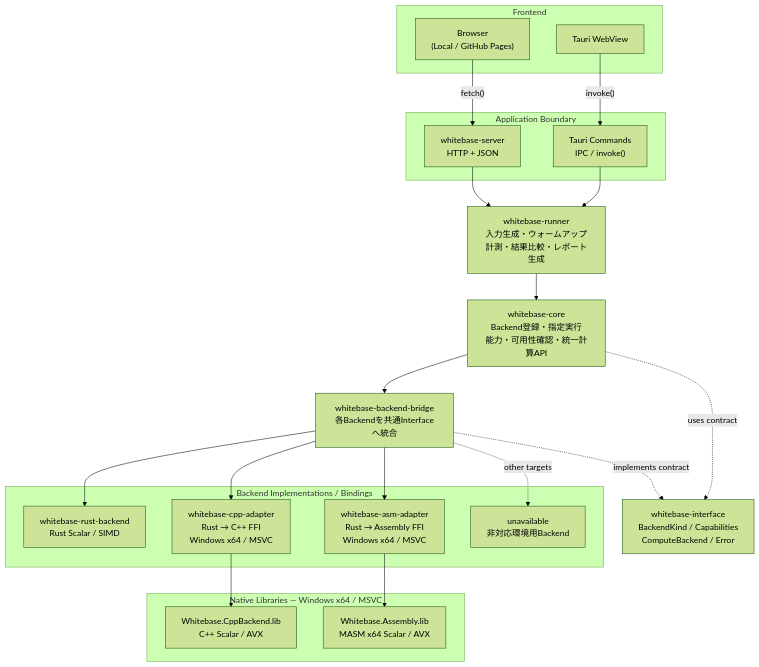
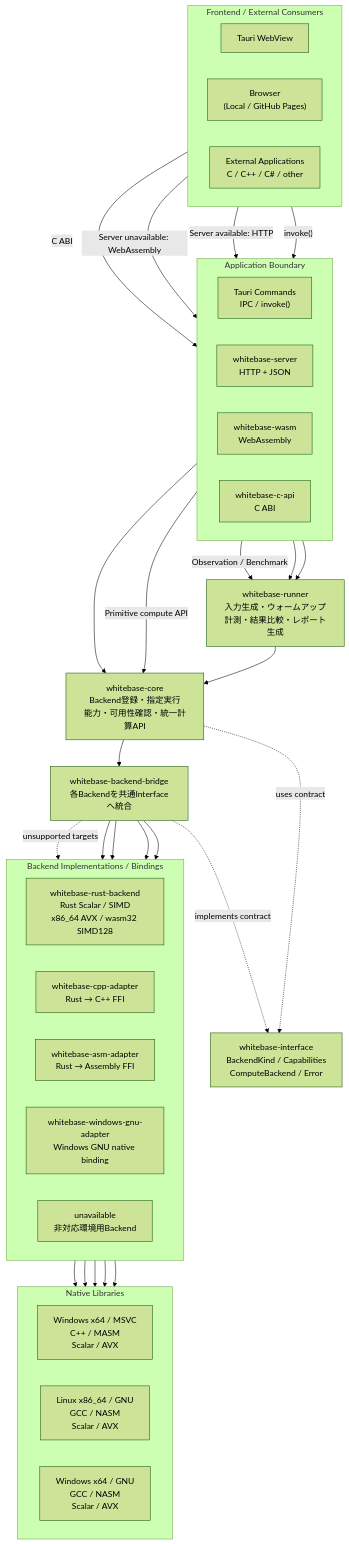
The diagram in docs/diagrams/structure/architecture.mmd (Hokutaka/Whitebase), drawn with Mermaid (forest theme) before and after one commit. The commit also changed 13 other files, not shown here.

```diff
--- a/docs/diagrams/structure/architecture.mmd
+++ b/docs/diagrams/structure/architecture.mmd
@@ -1,54 +1,102 @@
 flowchart TB
-    subgraph Frontends["Frontend"]
+    subgraph Frontends["Frontend / External Consumers"]
+        direction LR
         Tauri["Tauri WebView"]
         Browser["Browser<br/>(Local / GitHub Pages)"]
+        External["External Applications<br/>C / C++ / C# / other"]
     end
 
     subgraph ApplicationBoundaries["Application Boundary"]
+        direction LR
         TauriCommand["Tauri Commands<br/>IPC / invoke()"]
         HttpServer["whitebase-server<br/>HTTP + JSON"]
+        Wasm["whitebase-wasm<br/>WebAssembly"]
+        CApi["whitebase-c-api<br/>C ABI"]
     end
 
     Runner["whitebase-runner<br/>入力生成・ウォームアップ<br/>計測・結果比較・レポート生成"]
 
     Core["whitebase-core<br/>Backend登録・指定実行<br/>能力・可用性確認・統一計算API"]
 
     Interface["whitebase-interface<br/>BackendKind / Capabilities<br/>ComputeBackend / Error"]
 
     Bridge["whitebase-backend-bridge<br/>各Backendを共通Interfaceへ統合"]
 
     subgraph BackendConnections["Backend Implementations / Bindings"]
-        RustBackend["whitebase-rust-backend<br/>Rust Scalar / SIMD"]
+        direction LR
 
-        CppAdapter["whitebase-cpp-adapter<br/>Rust → C++ FFI<br/>Windows x64 / MSVC"]
+        RustBackend["whitebase-rust-backend<br/>Rust Scalar / SIMD<br/>x86_64 AVX / wasm32 SIMD128"]
 
-        AssemblyAdapter["whitebase-asm-adapter<br/>Rust → Assembly FFI<br/>Windows x64 / MSVC"]
+        CppAdapter["whitebase-cpp-adapter<br/>Rust → C++ FFI"]
+
+        AssemblyAdapter["whitebase-asm-adapter<br/>Rust → Assembly FFI"]
+
+        WindowsGnuAdapter["whitebase-windows-gnu-adapter<br/>Windows GNU native binding"]
 
         Unavailable["unavailable<br/>非対応環境用Backend"]
     end
 
-    subgraph NativeLibraries["Native Libraries — Windows x64 / MSVC"]
-        CppLibrary["Whitebase.CppBackend.lib<br/>C++ Scalar / AVX"]
+    subgraph NativeLibraries["Native Libraries"]
+        direction LR
 
-        AssemblyLibrary["Whitebase.Assembly.lib<br/>MASM x64 Scalar / AVX"]
+        MsvcNative["Windows x64 / MSVC<br/>C++ / MASM<br/>Scalar / AVX"]
+
+        LinuxNative["Linux x86_64 / GNU<br/>GCC / NASM<br/>Scalar / AVX"]
+
+        WindowsGnuNative["Windows x64 / GNU<br/>GCC / NASM<br/>Scalar / AVX"]
     end
 
+    %% --------------------------------------------------------
+    %% Entry routes
+    %% --------------------------------------------------------
+
     Tauri -->|"invoke()"| TauriCommand
-    Browser -->|"fetch()"| HttpServer
+
+    Browser -->|"Server available: HTTP"| HttpServer
+    Browser -->|"Server unavailable: WebAssembly"| Wasm
+
+    External -->|"C ABI"| CApi
+
+    %% --------------------------------------------------------
+    %% Application boundaries
+    %% --------------------------------------------------------
 
     TauriCommand --> Runner
     HttpServer --> Runner
+
+    Wasm -->|"Observation / Benchmark"| Runner
+    Wasm -->|"Primitive compute API"| Core
+
+    CApi --> Core
+
+    %% --------------------------------------------------------
+    %% Common execution path
+    %% --------------------------------------------------------
 
     Runner --> Core
     Core --> Bridge
 
     Core -. "uses contract" .-> Interface
     Bridge -. "implements contract" .-> Interface
 
+    %% --------------------------------------------------------
+    %% Backend routing
+    %% --------------------------------------------------------
+
     Bridge --> RustBackend
     Bridge --> CppAdapter
     Bridge --> AssemblyAdapter
-    Bridge -. "other targets" .-> Unavailable
+    Bridge --> WindowsGnuAdapter
+    Bridge -. "unsupported targets" .-> Unavailable
 
-    CppAdapter --> CppLibrary
-    AssemblyAdapter --> AssemblyLibrary
+    %% --------------------------------------------------------
+    %% Native implementations
+    %% --------------------------------------------------------
+
+    CppAdapter --> MsvcNative
+    CppAdapter --> LinuxNative
+
+    AssemblyAdapter --> MsvcNative
+    AssemblyAdapter --> LinuxNative
+
+    WindowsGnuAdapter --> WindowsGnuNative
```
